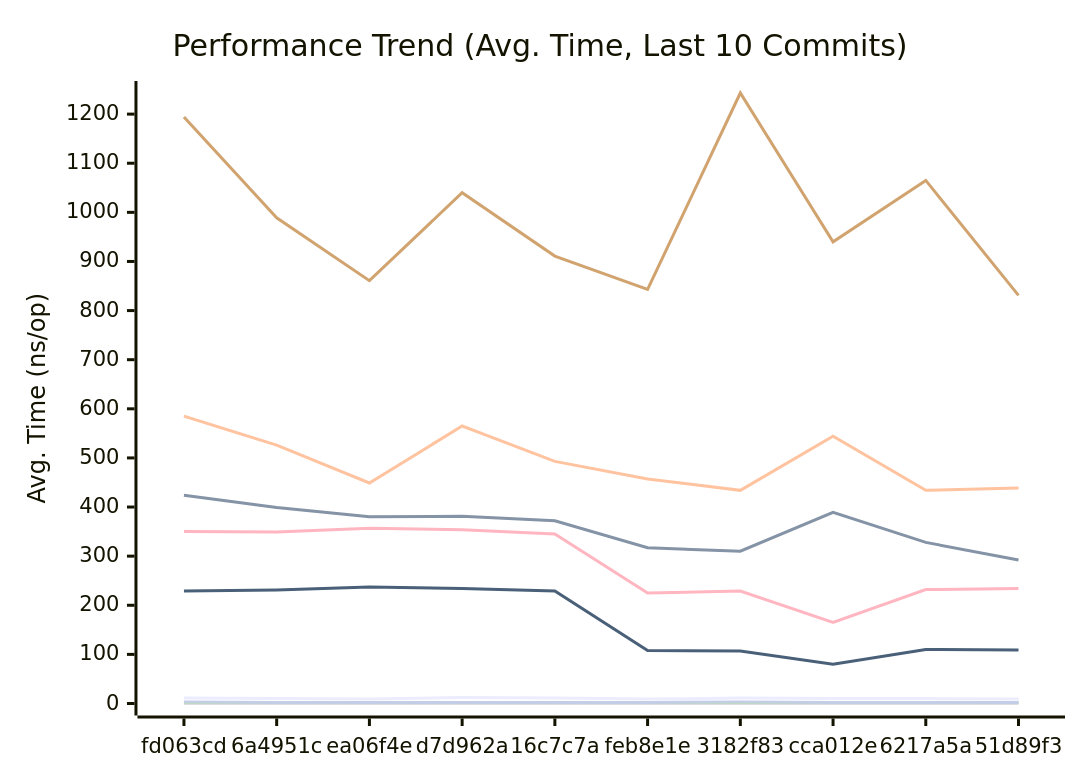
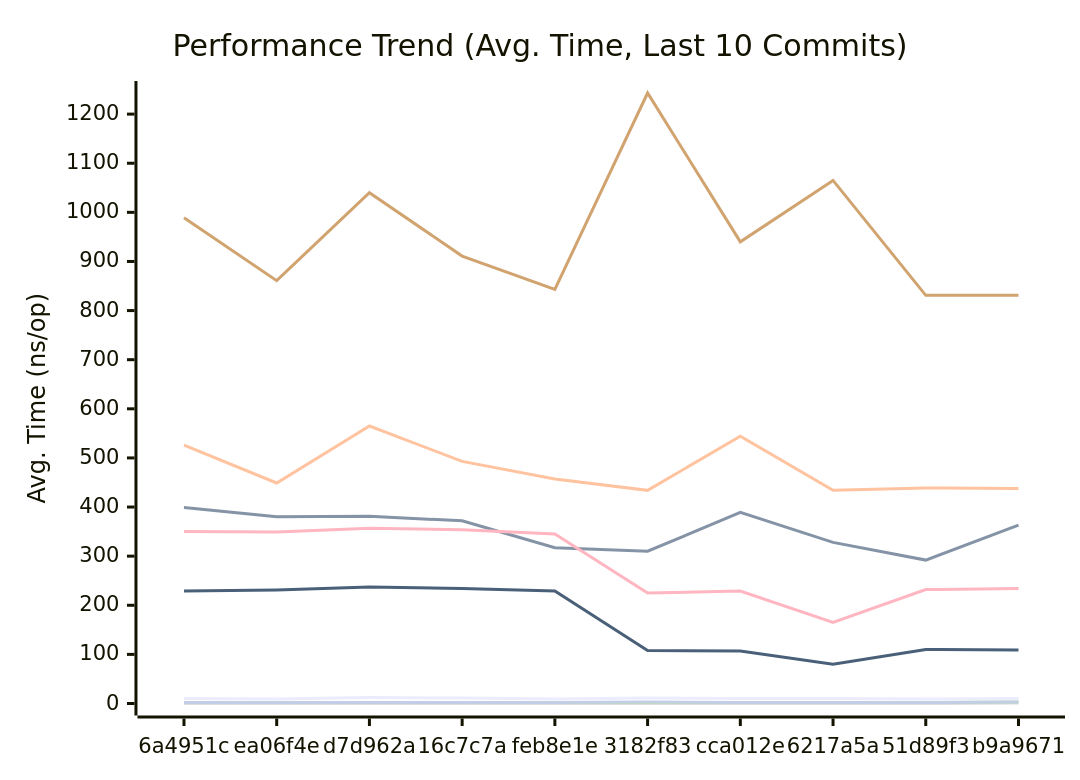
Before and after one commit to alsotoes/momo: the first of 3 diagrams in docs/PERFORMANCE.md, drawn with Mermaid. The commit also changed other lines of this file and 3 other files, not shown here.

````diff
--- a/docs/PERFORMANCE.md
+++ b/docs/PERFORMANCE.md
@@ -80,16 +80,16 @@
 ```mermaid
 xychart-beta
     title "Performance Trend (Avg. Time, Last 10 Commits)"
     x-axis "Commit"
     y-axis "Avg. Time (ns/op)"
-    x-axis [fd063cd,6a4951c,ea06f4e,d7d962a,16c7c7a,feb8e1e,3182f83,cca012e,6217a5a,51d89f3]
-    line "CheckMetricsAndSwap" [11,10,9,12,11,9,11,10,10,9]
-    line "CrushOptimized" [424,399,380,381,372,317,310,389,328,292]
-    line "CrushOriginal" [585,526,449,565,493,457,434,544,434,439]
-    line "IndexDirectTracking" [0,0,0,0,0,0,0,0,0,0]
-    line "IndexSearch" [2,2,2,2,2,2,2,2,2,2]
-    line "LoadGlobalConfig" [1194,989,861,1040,911,843,1243,940,1065,831]
-    line "PadString" [3,2,2,2,2,2,3,2,2,2]
+    x-axis [6a4951c,ea06f4e,d7d962a,16c7c7a,feb8e1e,3182f83,cca012e,6217a5a,51d89f3,b9a9671]
+    line "CheckMetricsAndSwap" [10,9,12,11,9,11,10,10,9,10]
+    line "CrushOptimized" [399,380,381,372,317,310,389,328,292,363]
+    line "CrushOriginal" [526,449,565,493,457,434,544,434,439,438]
+    line "IndexDirectTracking" [0,0,0,0,0,0,0,0,0,1]
+    line "IndexSearch" [2,2,2,2,2,2,2,2,2,3]
+    line "LoadGlobalConfig" [989,861,1040,911,843,1243,940,1065,831,831]
+    line "PadString" [2,2,2,2,2,3,2,2,2,3]
     line "ParseReplicationOrder_NoPrealloc" [350,349,357,354,345,225,229,165,232,234]
     line "ParseReplicationOrder_Prealloc" [229,231,237,234,229,108,107,80,110,109]
 ```
````
